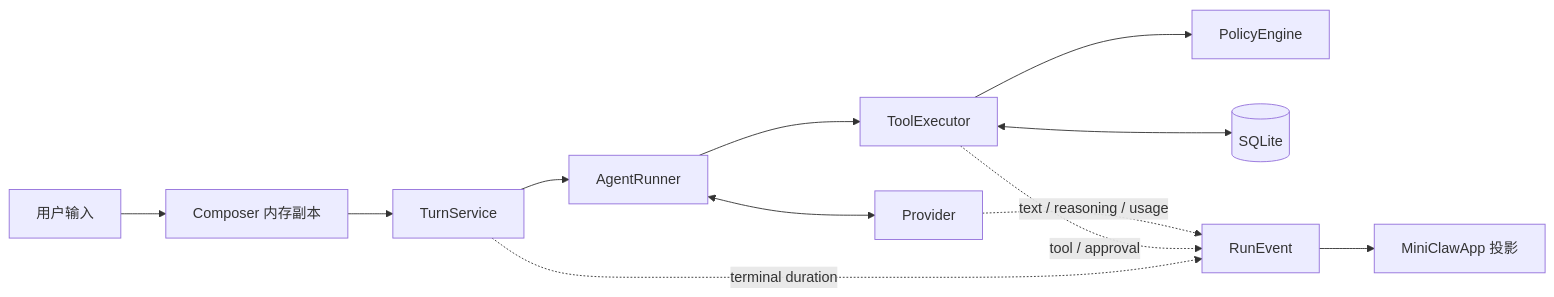
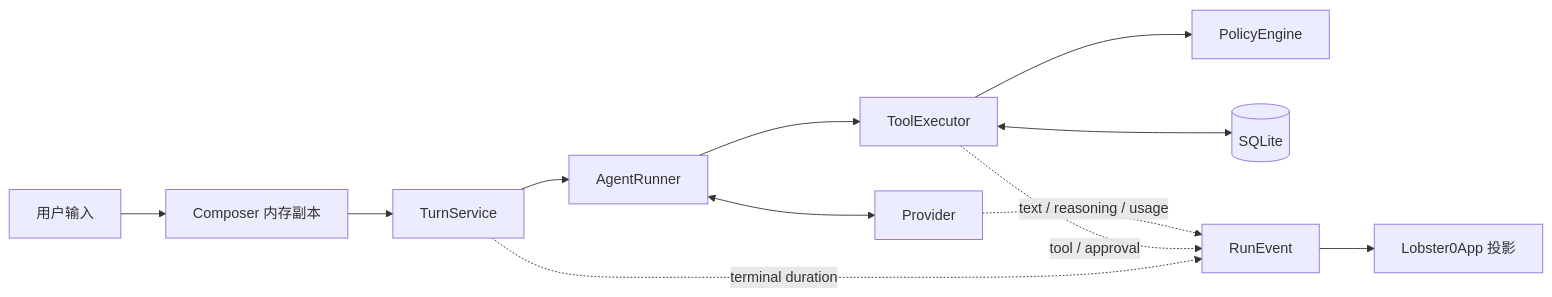
The first of 3 diagrams in docs/engineering/phase-2/20260808_tui-observability-and-scoped-approvals.md (NEDONION/lobster0), drawn with Mermaid before and after one commit. The commit also changed other lines of this file and 221 other files, not shown here.

````diff
--- a/docs/engineering/phase-2/20260808_tui-observability-and-scoped-approvals.md
+++ b/docs/engineering/phase-2/20260808_tui-observability-and-scoped-approvals.md
@@ -25,14 +25,14 @@
 ```mermaid
 flowchart LR
     U["用户输入"] --> C["Composer 内存副本"]
     C --> T["TurnService"]
     T --> R["AgentRunner"]
     R <--> P["Provider"]
     R --> E["ToolExecutor"]
     E --> PE["PolicyEngine"]
     E <--> DB[("SQLite")]
     P -. "text / reasoning / usage" .-> EV["RunEvent"]
     E -. "tool / approval" .-> EV
     T -. "terminal duration" .-> EV
-    EV --> UI["MiniClawApp 投影"]
+    EV --> UI["Lobster0App 投影"]
 ```
````
